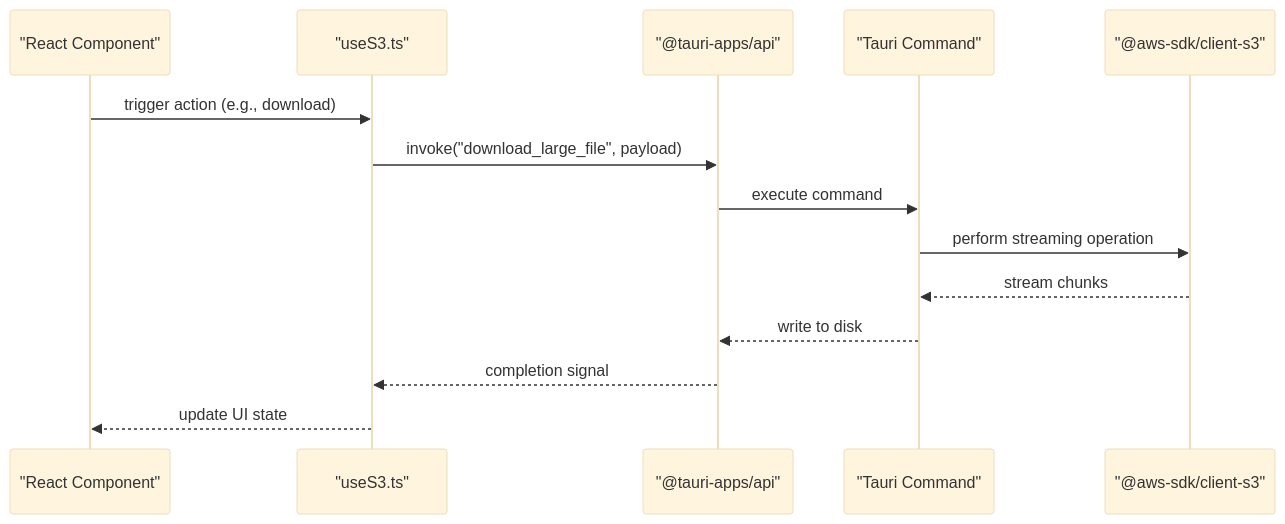
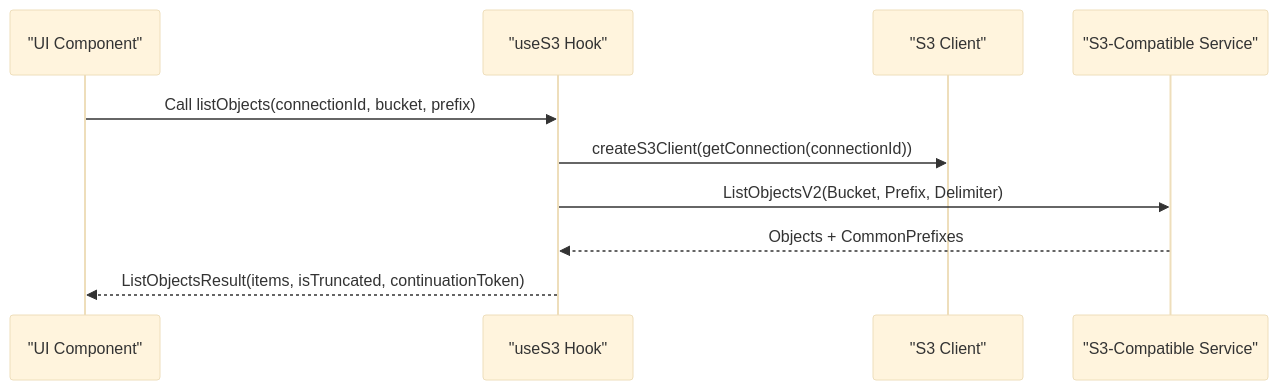
Before and after one commit to nasrulhadi/s3-explorer: the second of 3 diagrams in .qoder/repowiki/en/content/API Reference.md, drawn with Mermaid (base theme). The commit also changed other lines of this file and 46 other files, not shown here.

````diff
--- a/.qoder/repowiki/en/content/API Reference.md
+++ b/.qoder/repowiki/en/content/API Reference.md
@@ -273,16 +139,12 @@
 ```mermaid
 sequenceDiagram
-participant UI as "React Component"
-participant Hook as "useS3.ts"
-participant Tauri as "@tauri-apps/api"
-participant Rust as "Tauri Command"
-participant S3JS as "@aws-sdk/client-s3"
-UI->>Hook : trigger action (e.g., download)
-Hook->>Tauri : invoke("download_large_file", payload)
-Tauri->>Rust : execute command
-Rust->>S3JS : perform streaming operation
-S3JS-->>Rust : stream chunks
-Rust-->>Tauri : write to disk
-Tauri-->>Hook : completion signal
-Hook-->>UI : update UI state
+participant UI as "UI Component"
+participant Hook as "useS3 Hook"
+participant Client as "S3 Client"
+participant AWS as "S3-Compatible Service"
+UI->>Hook : Call listObjects(connectionId, bucket, prefix)
+Hook->>Client : createS3Client(getConnection(connectionId))
+Hook->>AWS : ListObjectsV2(Bucket, Prefix, Delimiter)
+AWS-->>Hook : Objects + CommonPrefixes
+Hook-->>UI : ListObjectsResult(items, isTruncated, continuationToken)
 ```
````
